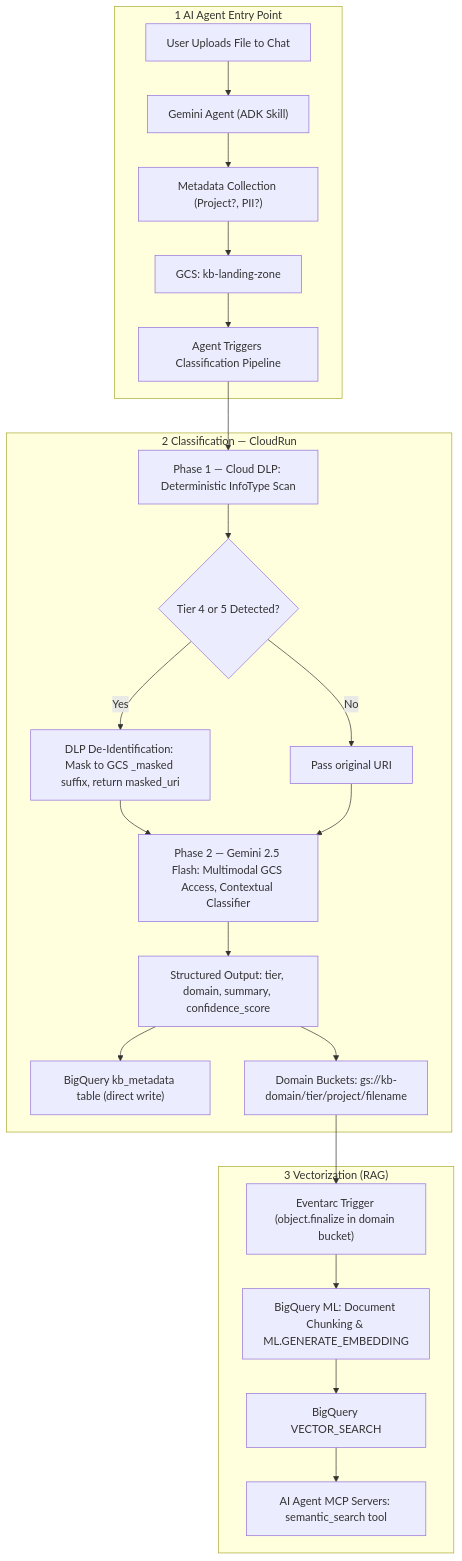
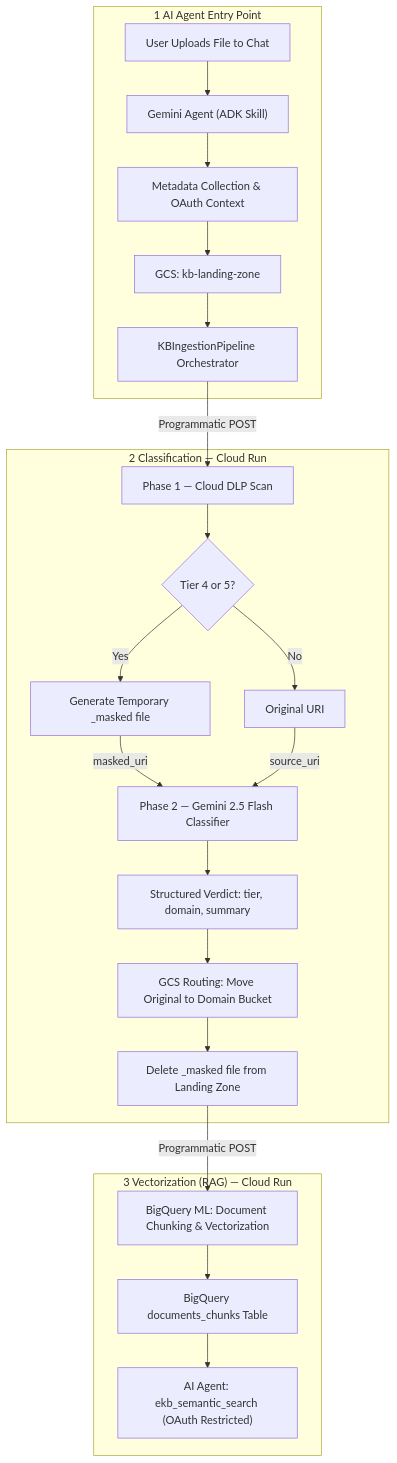
One commit to eamadorm-endava/Research-Agent changed the diagram in docs/Data-Pipelines/Enterprise-Knowledge-Base/Design.md. Above: the diagram before and after it, drawn with Mermaid. The commit also changed other lines of this file, not shown here.

Commit message:
Final pipeline design

````diff
--- a/docs/Data-Pipelines/Enterprise-Knowledge-Base/Design.md
+++ b/docs/Data-Pipelines/Enterprise-Knowledge-Base/Design.md
@@ -26,28 +26,27 @@
 ```mermaid
 flowchart TD
-    subgraph AGENT["1 AI Agent Entry Point"]
-        Z["User Uploads File to Chat"] --> Y["Gemini Agent (ADK Skill)"]
-        Y --> X["Metadata Collection (Project?, PII?)"]
-        X --> B["GCS: kb-landing-zone"]
-        B --> C["Agent Triggers Classification Pipeline"]
-    end
+    subgraph AGENT["1 AI Agent Entry Point"]
+        Z["User Uploads File to Chat"] --> Y["Gemini Agent (ADK Skill)"]
+        Y --> X["Metadata Collection & OAuth Context"]
+        X --> B["GCS: kb-landing-zone"]
+        B --> ORQ["KBIngestionPipeline Orchestrator"]
+    end
 
-    subgraph CLASSIFY["2 Classification — CloudRun"]
-        C --> D["Phase 1 — Cloud DLP: Deterministic InfoType Scan"]
-        D --> DG{"Tier 4 or 5 Detected?"}
-        DG -- Yes --> DM["DLP De-Identification: Mask to GCS _masked suffix, return masked_uri"]
-        DG -- No --> DP["Pass original URI"]
-        DM --> E["Phase 2 — Gemini 2.5 Flash: Multimodal GCS Access, Contextual Classifier"]
-        DP --> E
-        E --> F["Structured Output: tier, domain, summary, confidence_score"]
-        F --> K["BigQuery kb_metadata table (direct write)"]
-        F --> H["Domain Buckets: gs://kb-domain/tier/project/filename"]
-    end
+    subgraph CLASSIFY["2 Classification — Cloud Run"]
+        ORQ -- Programmatic POST --> D["Phase 1 — Cloud DLP Scan"]
+        D --> DG{"Tier 4 or 5?"}
+        DG -- Yes --> DM["Generate Temporary _masked file"]
+        DG -- No --> DP["Original URI"]
+        DM -- masked_uri --> E["Phase 2 — Gemini 2.5 Flash Classifier"]
+        DP -- source_uri --> E
+        E --> F["Structured Verdict: tier, domain, summary"]
+        F --> ROUTE["GCS Routing: Move Original to Domain Bucket"]
+        ROUTE --> CLEAN["Delete _masked file from Landing Zone"]
+    end
 
-    subgraph VECTOR["3 Vectorization (RAG)"]
-        H --> L["Eventarc Trigger (object.finalize in domain bucket)"]
-        L --> N["BigQuery ML: Document Chunking & ML.GENERATE_EMBEDDING"]
-        N --> O["BigQuery VECTOR_SEARCH"]
-        O --> P["AI Agent MCP Servers: semantic_search tool"]
-    end
+    subgraph VECTOR["3 Vectorization (RAG) — Cloud Run"]
+        CLEAN -- Programmatic POST --> N["BigQuery ML: Document Chunking & Vectorization"]
+        N --> O["BigQuery documents_chunks Table"]
+        O --> P["AI Agent: ekb_semantic_search (OAuth Restricted)"]
+    end
 ```
````
